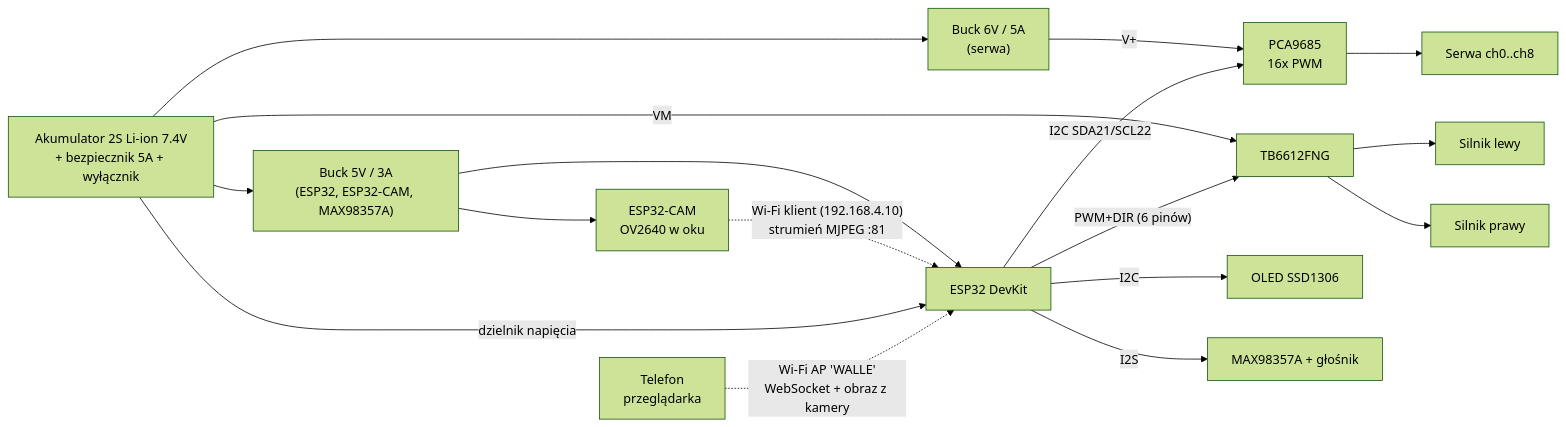
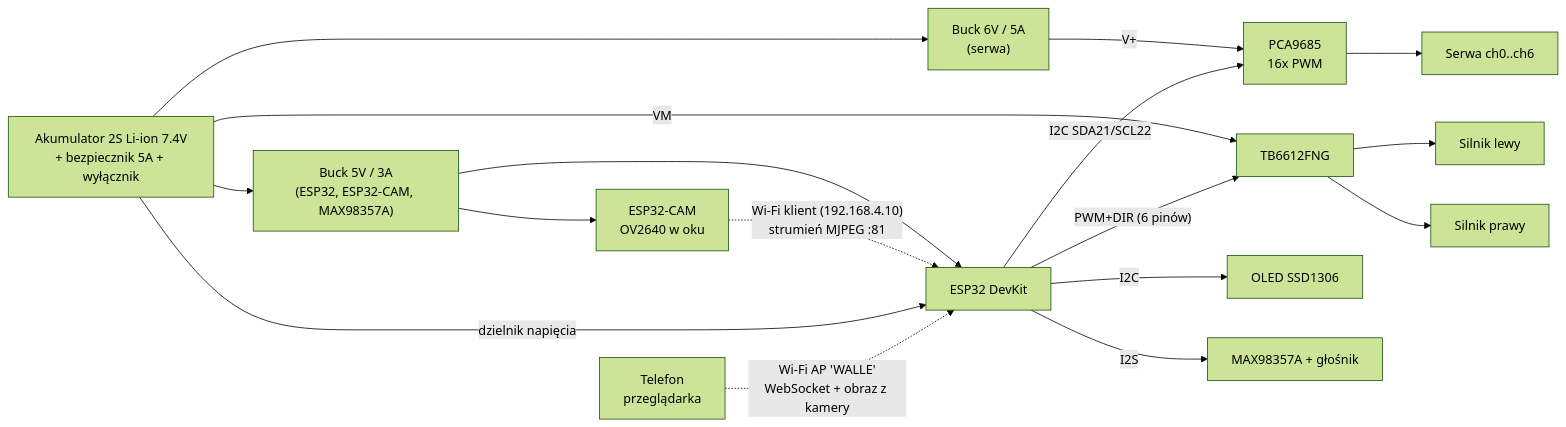
The diagram in docs/electronics.md (arekp/wall-e), drawn with Mermaid (forest theme) before and after one commit. The commit also changed other lines of this file, not shown here.

````diff
--- a/docs/electronics.md
+++ b/docs/electronics.md
@@ -31,23 +31,23 @@
 ```mermaid
 flowchart LR
     BAT["Akumulator 2S Li-ion 7.4V<br/>+ bezpiecznik 5A + wyłącznik"]
     BAT --> BUCK5["Buck 5V / 3A<br/>(ESP32, ESP32-CAM, MAX98357A)"]
     BAT --> BUCK6["Buck 6V / 5A<br/>(serwa)"]
     BAT -->|VM| DRV["TB6612FNG"]
 
     BUCK5 --> ESP["ESP32 DevKit"]
     BUCK6 -->|V+| PCA["PCA9685<br/>16x PWM"]
-    PCA --> SERVA["Serwa ch0..ch8"]
+    PCA --> SERVA["Serwa ch0..ch6"]
 
     ESP -- "I2C SDA21/SCL22" --> PCA
     ESP -- "I2C" --> OLED["OLED SSD1306"]
     ESP -- "PWM+DIR (6 pinów)" --> DRV
     DRV --> ML["Silnik lewy"]
     DRV --> MR["Silnik prawy"]
     ESP -- "I2S" --> AMP["MAX98357A + głośnik"]
     BUCK5 --> CAM["ESP32-CAM<br/>OV2640 w oku"]
     CAM -. "Wi-Fi klient (192.168.4.10)<br/>strumień MJPEG :81" .-> ESP
     BAT -- "dzielnik napięcia" --> ESP
 
     PHONE["Telefon<br/>przeglądarka"] -. "Wi-Fi AP 'WALLE'<br/>WebSocket + obraz z kamery" .-> ESP
 ```
````
